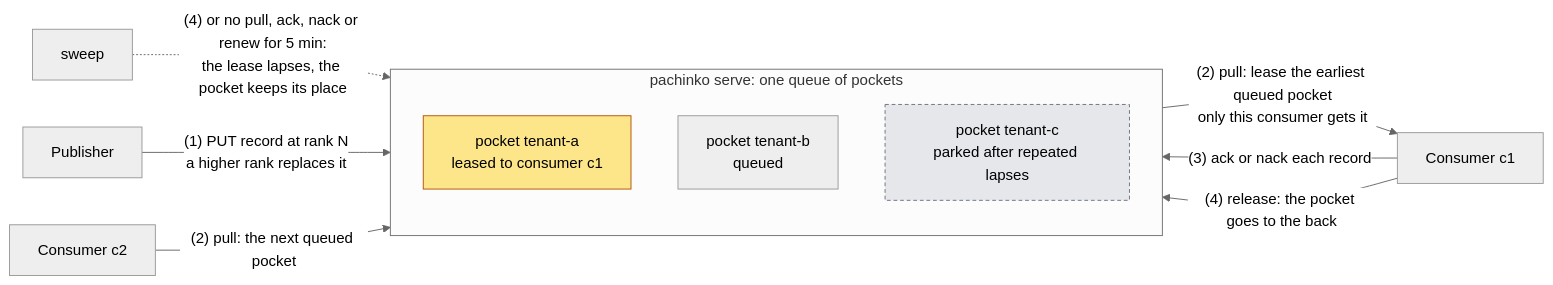
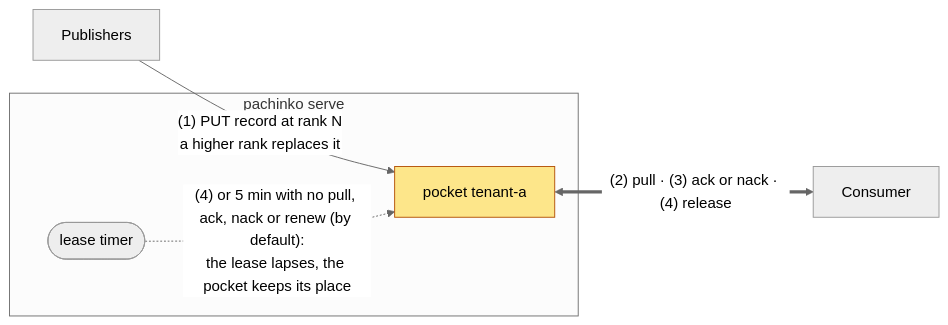
Before and after one commit to BiscuitBin/pachinko: the first of 4 diagrams in README.md, drawn with Mermaid (neutral theme). The commit also changed other lines of this file, not shown here.

First line of the commit message:
Rework the README's "How it works" into a small flowchart and three sequences

````diff
--- a/README.md
+++ b/README.md
@@ -24,19 +24,12 @@
 ```mermaid
 flowchart LR
-    subgraph Q ["pachinko serve: one queue of pockets"]
-        direction TB
-        A["pocket tenant-a<br/>leased to consumer c1"]
-        B["pocket tenant-b<br/>queued"]
-        X["pocket tenant-c<br/>parked after repeated lapses"]
+    P["Publishers"] -- "(1) PUT record at rank N<br/>a higher rank replaces it" --> A
+    subgraph S ["pachinko serve"]
+        A["pocket tenant-a"]
+        T(["lease timer"])
+        T -. "(4) or 5 min with no pull, ack, nack or renew (by default):<br/>the lease lapses, the pocket keeps its place" .-> A
     end
-    P1["Publisher"] -- "(1) PUT record at rank N<br/>a higher rank replaces it" --> Q
-    Q -- "(2) pull: lease the earliest queued pocket<br/>only this consumer gets it" --> C1["Consumer c1"]
-    C1 -- "(3) ack or nack each record" --> Q
-    C1 -- "(4) release: the pocket goes to the back" --> Q
-    S["sweep"] -. "(4) or no pull, ack, nack or renew for 5 min:<br/>the lease lapses, the pocket keeps its place" .-> A
-    C2["Consumer c2"] -- "(2) pull: the next queued pocket" --> Q
+    A <== "(2) pull · (3) ack or nack · (4) release" ==> C["Consumer"]
     classDef leased fill:#fde68a,stroke:#b45309,color:#000
-    classDef parked fill:#e5e7eb,stroke:#6b7280,stroke-dasharray:4 3,color:#000
     class A leased
-    class X parked
 ```
````
